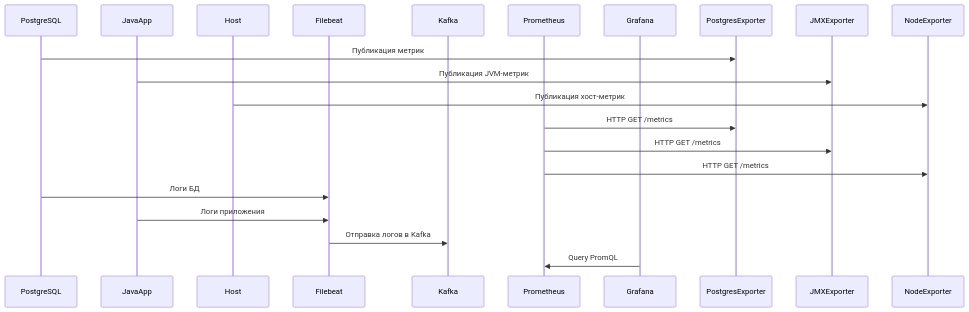
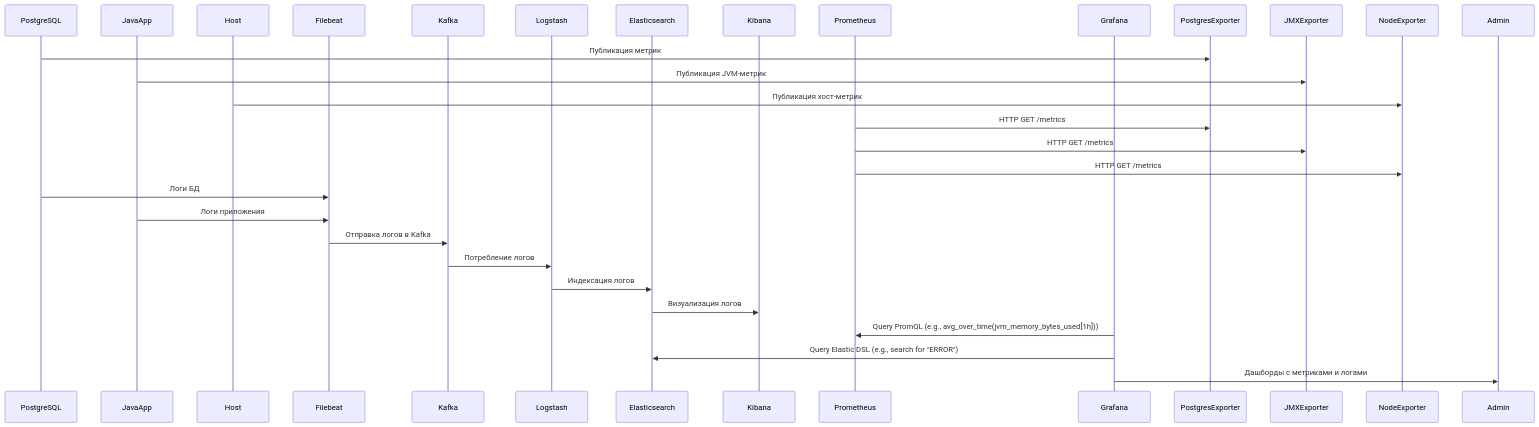
The diagram in Introduction_monitoring/README.md (lamjob1993/linux-monitoring), drawn with Mermaid before and after one commit. The commit also changed other lines of this file, not shown here.

````diff
--- a/Introduction_monitoring/README.md
+++ b/Introduction_monitoring/README.md
@@ -71,21 +71,38 @@
 ```mermaid
 sequenceDiagram
     participant PostgreSQL
     participant JavaApp
     participant Host
     participant Filebeat
     participant Kafka
+    participant Logstash
+    participant Elasticsearch
+    participant Kibana
     participant Prometheus
     participant Grafana
 
+    %% Сбор метрик
     PostgreSQL->>PostgresExporter: Публикация метрик
     JavaApp->>JMXExporter: Публикация JVM-метрик
     Host->>NodeExporter: Публикация хост-метрик
+
+    %% Prometheus забирает метрики
     Prometheus->>PostgresExporter: HTTP GET /metrics
     Prometheus->>JMXExporter: HTTP GET /metrics
     Prometheus->>NodeExporter: HTTP GET /metrics
+
+    %% Сбор логов
     PostgreSQL->>Filebeat: Логи БД
     JavaApp->>Filebeat: Логи приложения
     Filebeat->>Kafka: Отправка логов в Kafka
-    Grafana->>Prometheus: Query PromQL
+
+    %% Обработка логов через ELK
+    Kafka->>Logstash: Потребление логов
+    Logstash->>Elasticsearch: Индексация логов
+    Elasticsearch->>Kibana: Визуализация логов
+
+    %% Визуализация и оповещение
+    Grafana->>Prometheus: Query PromQL (e.g., avg_over_time(jvm_memory_bytes_used[1h]))
+    Grafana->>Elasticsearch: Query Elastic DSL (e.g., search for "ERROR")
+    Grafana->>Admin: Дашборды с метриками и логами
 ```
````
